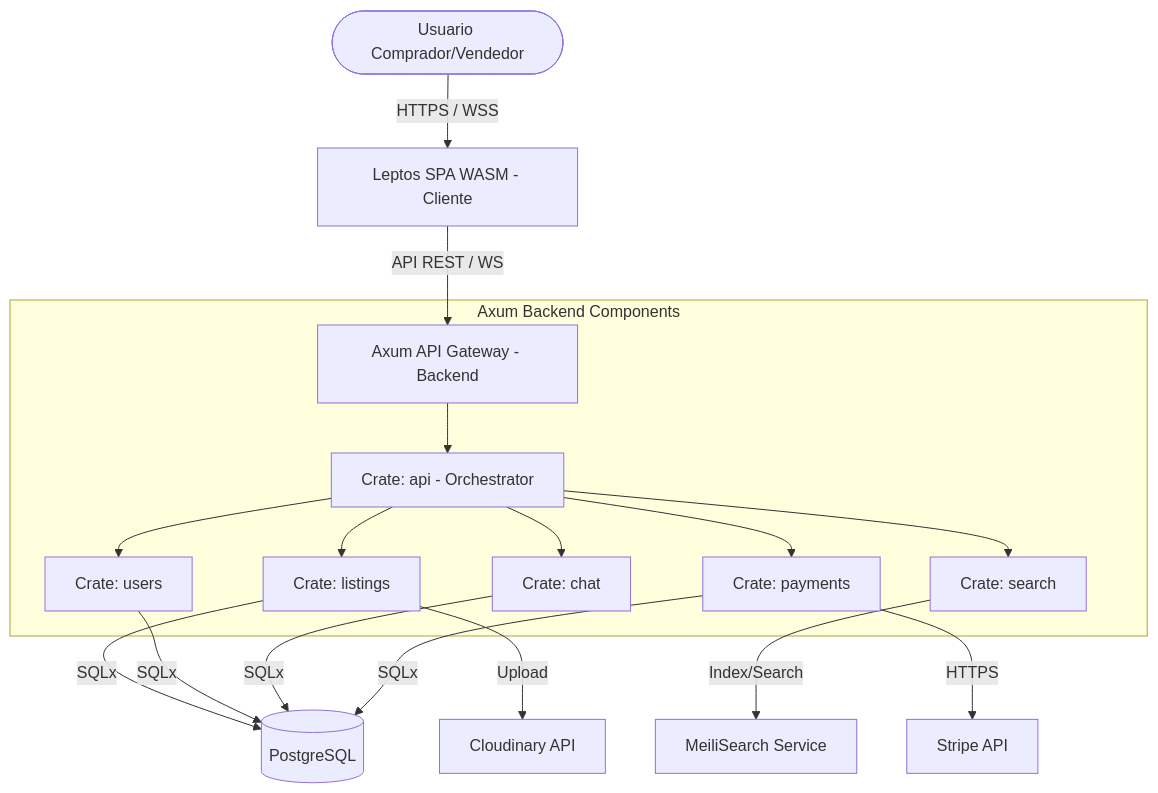
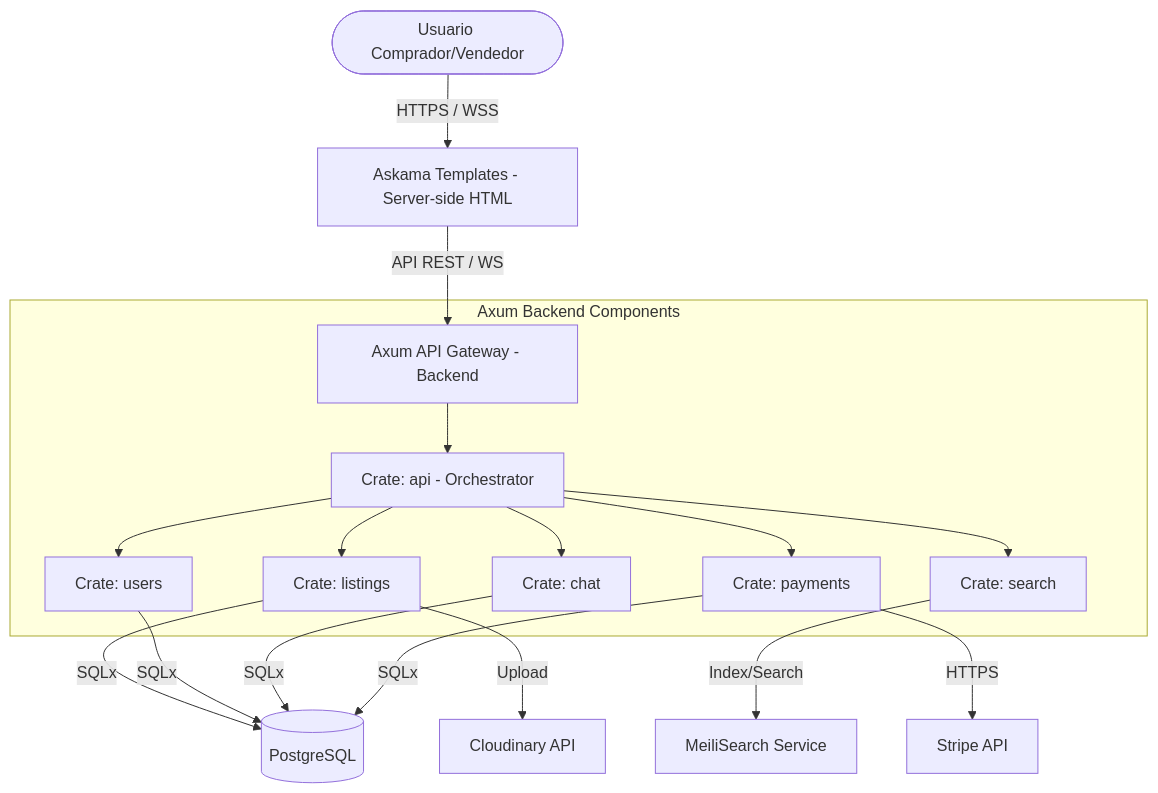
One commit to victorcastillojimenez/Nebripop changed the diagram in .agents/skills/generate-architecture/SKILL.md. Above: the diagram before and after it, drawn with Mermaid. The commit also changed other lines of this file and 2 other files, not shown here.

Commit message:
add architect agent and remove lepos out of the project

````diff
--- a/.agents/skills/generate-architecture/SKILL.md
+++ b/.agents/skills/generate-architecture/SKILL.md
@@ -41,23 +41,23 @@
 ```mermaid
 graph TD
-    User([Usuario Comprador/Vendedor]) -->|HTTPS / WSS| FE[Leptos SPA WASM - Cliente]
+    User([Usuario Comprador/Vendedor]) -->|HTTPS / WSS| FE[Askama Templates - Server-side HTML]
     FE -->|API REST / WS| BE[Axum API Gateway - Backend]
     
     subgraph Rust Cargo Workspace [Axum Backend Components]
         BE --> API_Crate[Crate: api - Orchestrator]
         API_Crate --> Users_Crate[Crate: users]
         API_Crate --> Listings_Crate[Crate: listings]
         API_Crate --> Search_Crate[Crate: search]
         API_Crate --> Chat_Crate[Crate: chat]
         API_Crate --> Payments_Crate[Crate: payments]
     end
 
     Listings_Crate -->|SQLx| DB[(PostgreSQL)]
     Users_Crate -->|SQLx| DB
     Chat_Crate -->|SQLx| DB
     Payments_Crate -->|SQLx| DB
 
     Listings_Crate -->|Upload| Cloudinary[Cloudinary API]
     Search_Crate -->|Index/Search| Meili[MeiliSearch Service]
     Payments_Crate -->|HTTPS| Stripe[Stripe API]
 ```
````
